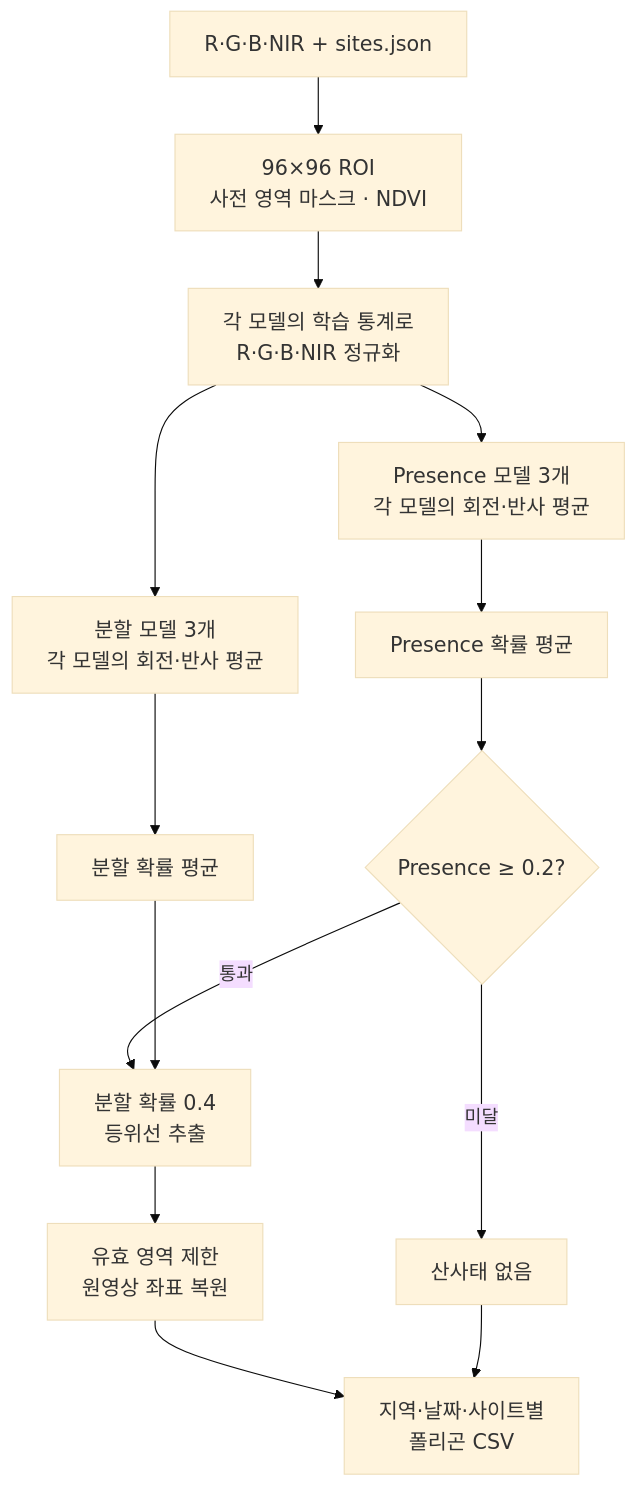
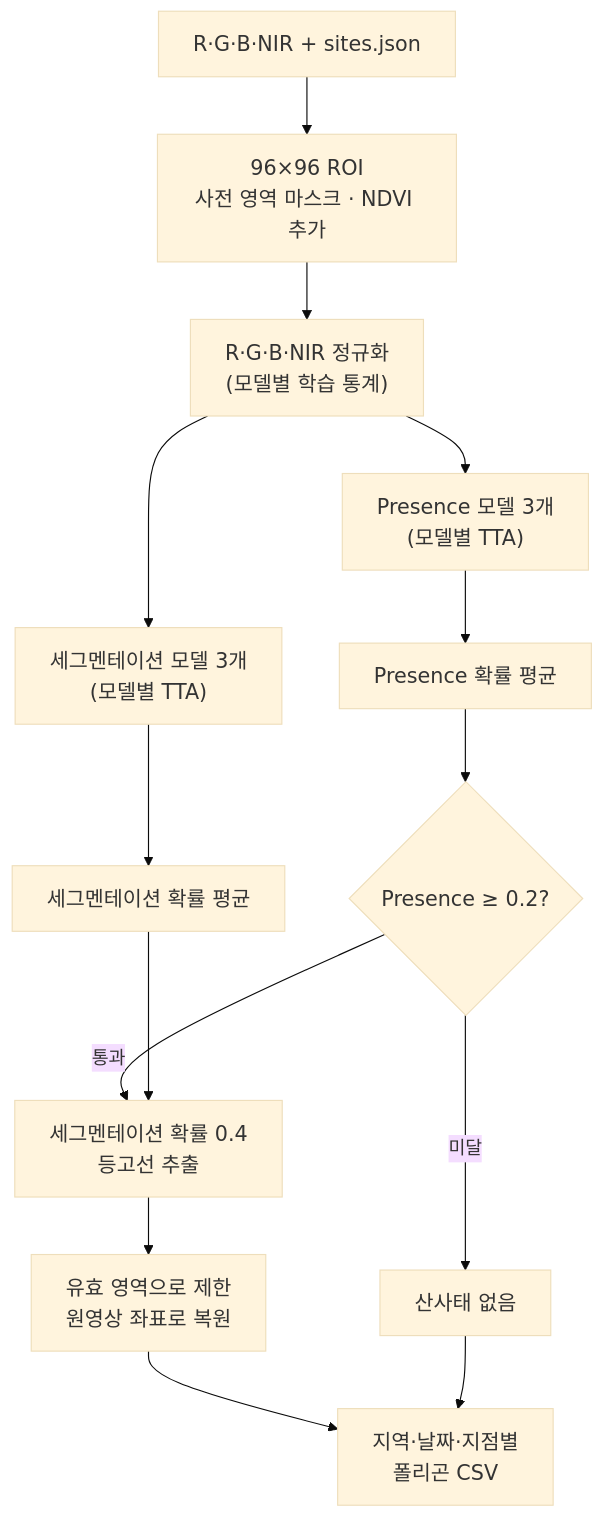
The first of 2 diagrams in README.md (ksj1368/landslide-detection-2026), drawn with Mermaid (base theme) before and after one commit. The commit also changed other lines of this file, not shown here.

````diff
--- a/README.md
+++ b/README.md
@@ -66,17 +59,17 @@
 ```mermaid
 flowchart TB
-    A["R·G·B·NIR + sites.json"] --> R["96×96 ROI<br/>사전 영역 마스크 · NDVI"]
-    R --> N["각 모델의 학습 통계로<br/>R·G·B·NIR 정규화"]
-    N --> S["분할 모델 3개<br/>각 모델의 회전·반사 평균"]
-    N --> P["Presence 모델 3개<br/>각 모델의 회전·반사 평균"]
-    S --> SM["분할 확률 평균"]
+    A["R·G·B·NIR + sites.json"] --> R["96×96 ROI<br/>사전 영역 마스크 · NDVI 추가"]
+    R --> N["R·G·B·NIR 정규화<br/>(모델별 학습 통계)"]
+    N --> S["세그멘테이션 모델 3개<br/>(모델별 TTA)"]
+    N --> P["Presence 모델 3개<br/>(모델별 TTA)"]
+    S --> SM["세그멘테이션 확률 평균"]
     P --> PM["Presence 확률 평균"]
     PM --> G{"Presence ≥ 0.2?"}
     G -- "미달" --> E["산사태 없음"]
-    G -- "통과" --> C["분할 확률 0.4<br/>등위선 추출"]
+    G -- "통과" --> C["세그멘테이션 확률 0.4<br/>등고선 추출"]
     SM --> C
-    C --> V["유효 영역 제한<br/>원영상 좌표 복원"]
-    V --> O["지역·날짜·사이트별<br/>폴리곤 CSV"]
+    C --> V["유효 영역으로 제한<br/>원영상 좌표로 복원"]
+    V --> O["지역·날짜·지점별<br/>폴리곤 CSV"]
     E --> O
     classDef default font-size:18px;
 ```
````
